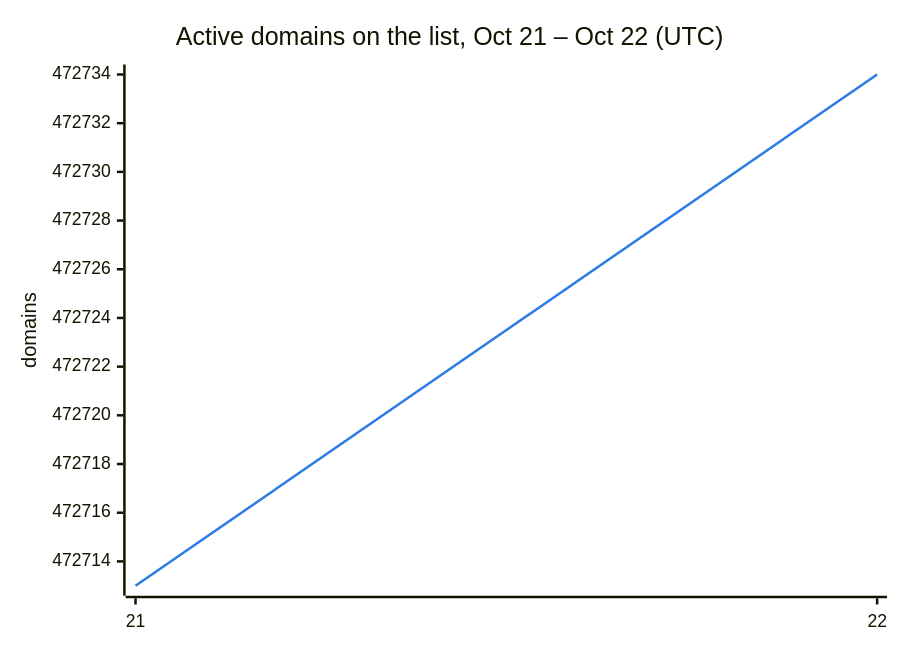
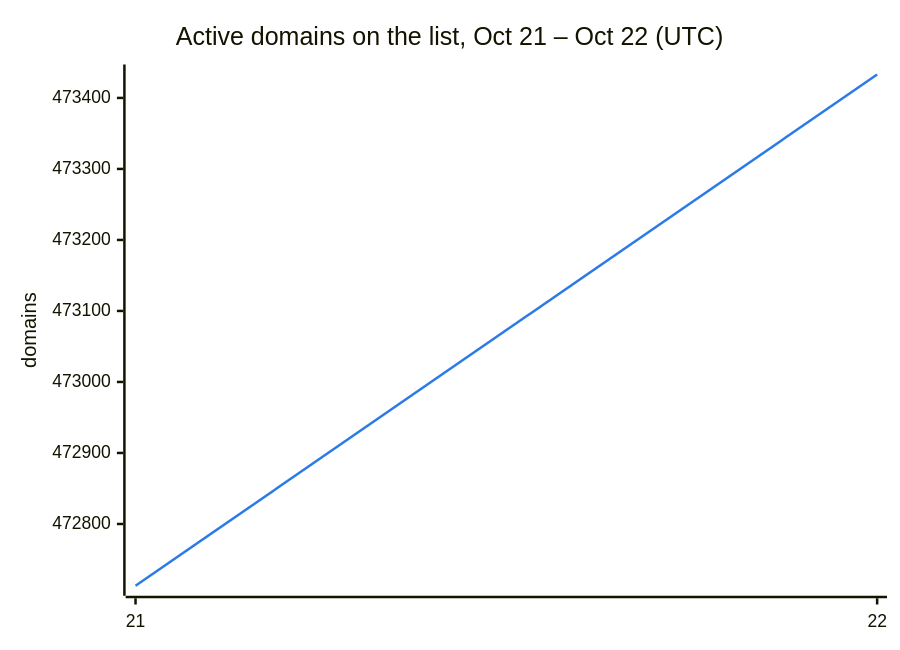
One commit to DNSBunker/CTI changed the second of 3 diagrams in README.md. Above: the diagram before and after it, drawn with Mermaid. The commit also changed other lines of this file and 3 other files, not shown here.

````diff
--- a/README.md
+++ b/README.md
@@ -38,8 +38,8 @@
 ```mermaid
 %%{init: {"themeVariables": {"xyChart": {"plotColorPalette": "#2c7be5"}}}}%%
 xychart-beta
     title "Active domains on the list, Oct 21 – Oct 22 (UTC)"
     x-axis ["21", "22"]
     y-axis "domains"
-    line [472713, 472734]
+    line [472713, 473433]
 ```
````
